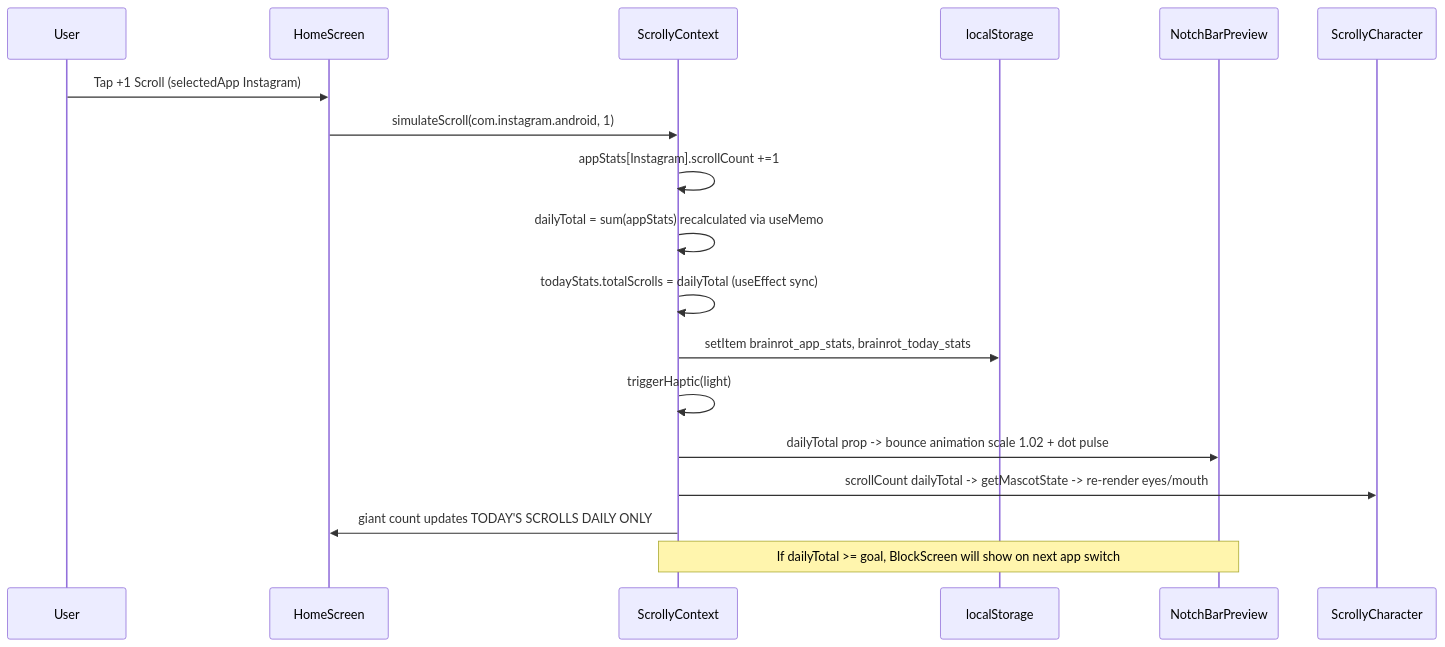
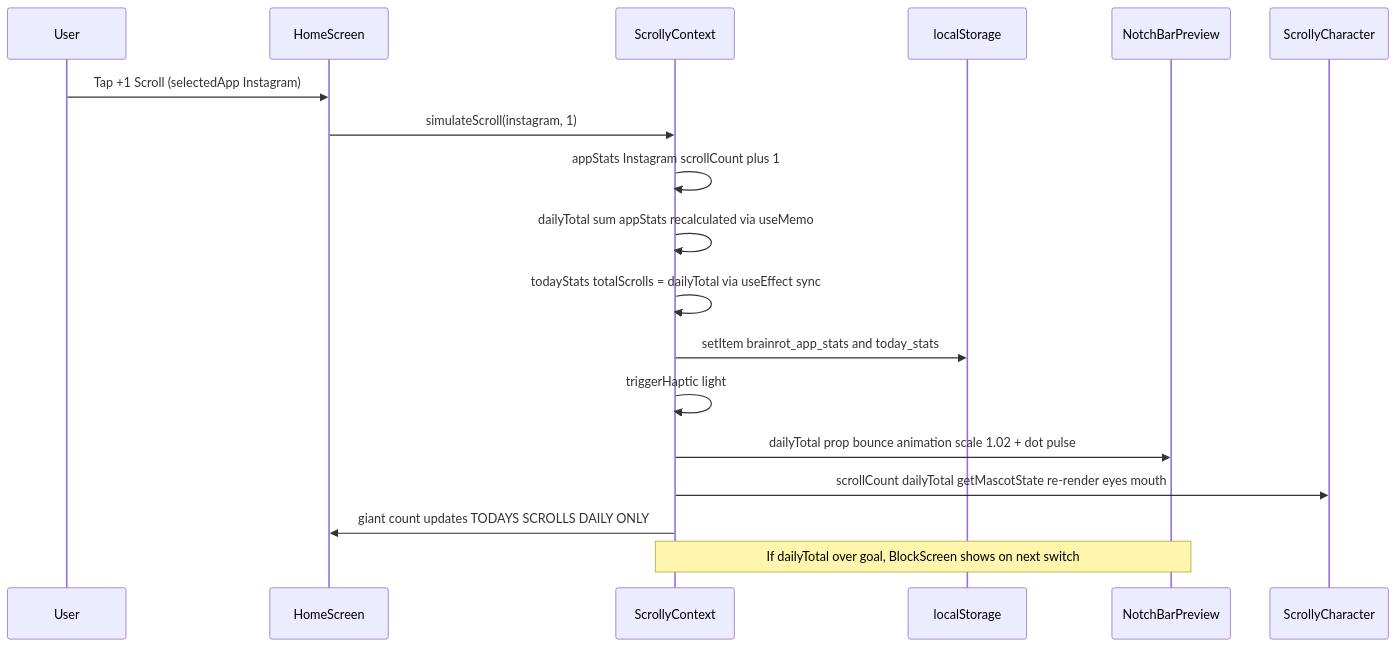
Before and after one commit to jarifansathaorko/Scrolly: the sixth of 6 diagrams in README.md, drawn with Mermaid. The commit also changed other lines of this file, not shown here.

First line of the commit message:
docs: fix mermaid diagrams for GitHub rendering

````diff
--- a/README.md
+++ b/README.md
@@ -297,21 +319,21 @@
 ```mermaid
 sequenceDiagram
     participant User
     participant Home as HomeScreen
     participant Ctx as ScrollyContext
     participant LS as localStorage
     participant Bar as NotchBarPreview
     participant Mascot as ScrollyCharacter
 
     User->>Home: Tap +1 Scroll (selectedApp Instagram)
-    Home->>Ctx: simulateScroll(com.instagram.android, 1)
-    Ctx->>Ctx: appStats[Instagram].scrollCount +=1
-    Ctx->>Ctx: dailyTotal = sum(appStats) recalculated via useMemo
-    Ctx->>Ctx: todayStats.totalScrolls = dailyTotal (useEffect sync)
-    Ctx->>LS: setItem brainrot_app_stats, brainrot_today_stats
-    Ctx->>Ctx: triggerHaptic(light)
-    Ctx->>Bar: dailyTotal prop -> bounce animation scale 1.02 + dot pulse
-    Ctx->>Mascot: scrollCount dailyTotal -> getMascotState -> re-render eyes/mouth
-    Ctx->>Home: giant count updates TODAY'S SCROLLS DAILY ONLY
-    Note over Ctx,Bar: If dailyTotal >= goal, BlockScreen will show on next app switch
+    Home->>Ctx: simulateScroll(instagram, 1)
+    Ctx->>Ctx: appStats Instagram scrollCount plus 1
+    Ctx->>Ctx: dailyTotal sum appStats recalculated via useMemo
+    Ctx->>Ctx: todayStats totalScrolls = dailyTotal via useEffect sync
+    Ctx->>LS: setItem brainrot_app_stats and today_stats
+    Ctx->>Ctx: triggerHaptic light
+    Ctx->>Bar: dailyTotal prop bounce animation scale 1.02 + dot pulse
+    Ctx->>Mascot: scrollCount dailyTotal getMascotState re-render eyes mouth
+    Ctx->>Home: giant count updates TODAYS SCROLLS DAILY ONLY
+    Note over Ctx,Bar: If dailyTotal over goal, BlockScreen shows on next switch
 ```
````
